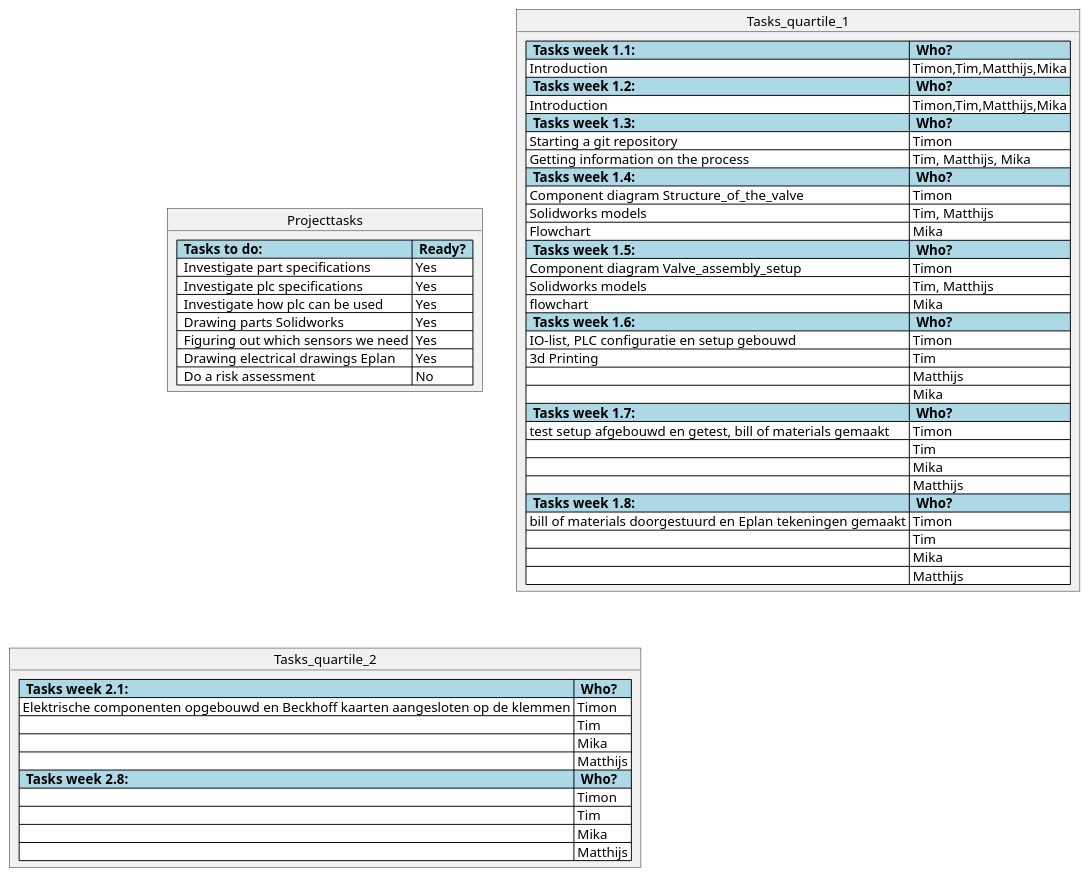
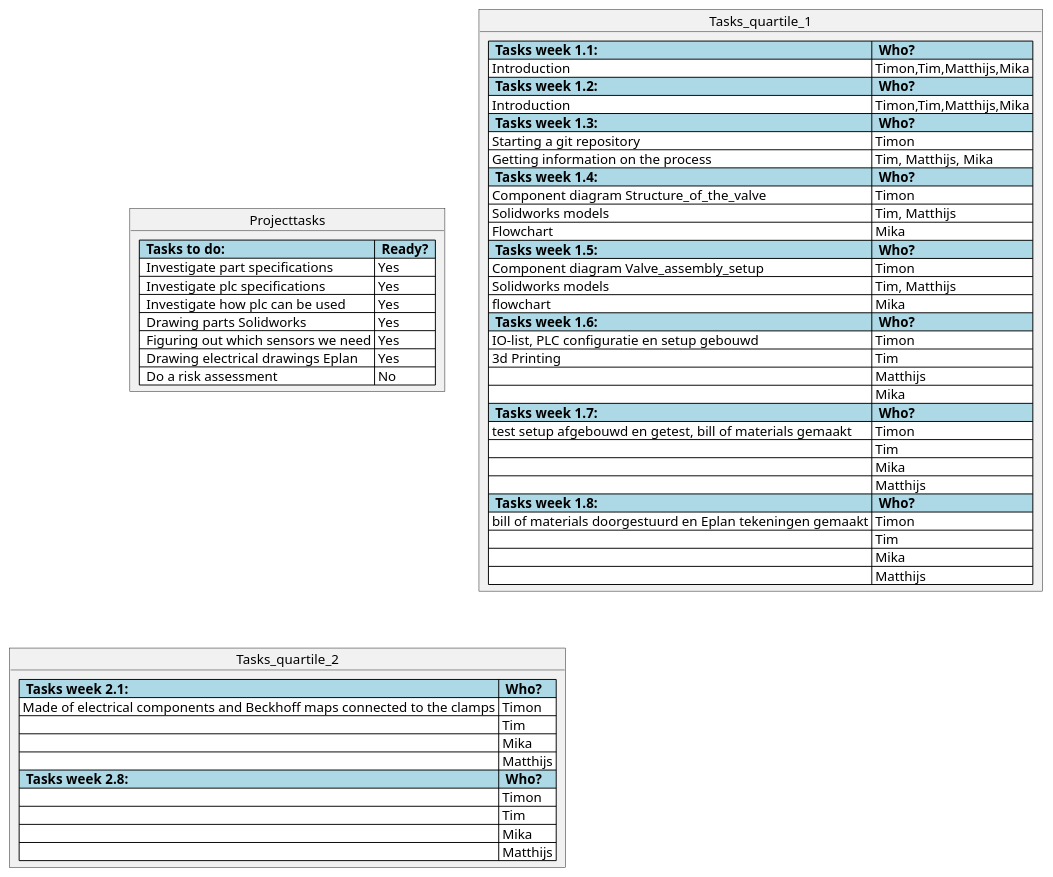
Before and after one commit to Timon14kraan/Project-Proces-and-Safety: the diagram in src/Tasks.md, drawn with PlantUML. The commit also changed other lines of this file and 2 other files, not shown here.

````diff
--- a/src/Tasks.md
+++ b/src/Tasks.md
@@ -5,64 +5,64 @@
 ```plantuml
 @startuml
 
 object Projecttasks {
   <#lightblue,#black>|=  Tasks to do:  |=  Ready?  |
   <#white>|  Investigate part specifications | Yes | 
   <#white>|  Investigate plc specifications | Yes |
   <#white>|  Investigate how plc can be used  | Yes |
   <#white>|  Drawing parts Solidworks | Yes |
   <#white>|  Figuring out which sensors we need | Yes |
   <#white>|  Drawing electrical drawings Eplan | Yes |
   <#white>|  Do a risk assessment | No |
 }
 
 object Tasks_quartile_1 {
   <#lightblue,#black>|=  Tasks week 1.1:  |=  Who?  |
   <#white>| Introduction | Timon,Tim,Matthijs,Mika |
   <#lightblue,#black>|=  Tasks week 1.2:  |=  Who?  |
   <#white>| Introduction | Timon,Tim,Matthijs,Mika |
   <#lightblue,#black>|=  Tasks week 1.3:  |=  Who?  |
   <#white>| Starting a git repository | Timon |
   <#white>| Getting information on the process | Tim, Matthijs, Mika |
   <#lightblue,#black>|=  Tasks week 1.4:  |=  Who?  |
   <#white>| Component diagram Structure_of_the_valve | Timon |
   <#white>| Solidworks models| Tim, Matthijs |
   <#white>| Flowchart| Mika |
   <#lightblue,#black>|=  Tasks week 1.5:  |=  Who?  |
   <#white>| Component diagram Valve_assembly_setup | Timon |
   <#white>| Solidworks models| Tim, Matthijs |
   <#white>| flowchart| Mika |
   <#lightblue,#black>|=  Tasks week 1.6:  |=  Who?  |
   <#white>| IO-list, PLC configuratie en setup gebouwd | Timon |
   <#white>| 3d Printing | Tim |
   <#white>| | Matthijs |
   <#white>|  | Mika |
   <#lightblue,#black>|=  Tasks week 1.7:  |=  Who?  |
   <#white>| test setup afgebouwd en getest, bill of materials gemaakt | Timon |
   <#white>|  | Tim |
   <#white>|  | Mika |
   <#white>|  | Matthijs |
   <#lightblue,#black>|=  Tasks week 1.8:  |=  Who?  |
   <#white>| bill of materials doorgestuurd en Eplan tekeningen gemaakt | Timon |
   <#white>|  | Tim |
   <#white>|  | Mika |
   <#white>|  | Matthijs |
 }
 
 
 object Tasks_quartile_2 {
   <#lightblue,#black>|=  Tasks week 2.1:  |=  Who?  |
-  <#white>| Elektrische componenten opgebouwd en Beckhoff kaarten aangesloten op de klemmen | Timon |
+  <#white>| Made of electrical components and Beckhoff maps connected to the clamps | Timon |
   <#white>|  | Tim |
   <#white>|  | Mika |
   <#white>|  | Matthijs |
     <#lightblue,#black>|=  Tasks week 2.8:  |=  Who?  |
   <#white>|  | Timon |
   <#white>|  | Tim |
   <#white>|  | Mika |
   <#white>|  | Matthijs |
 }
 
 
 @endulm
 ```
````
